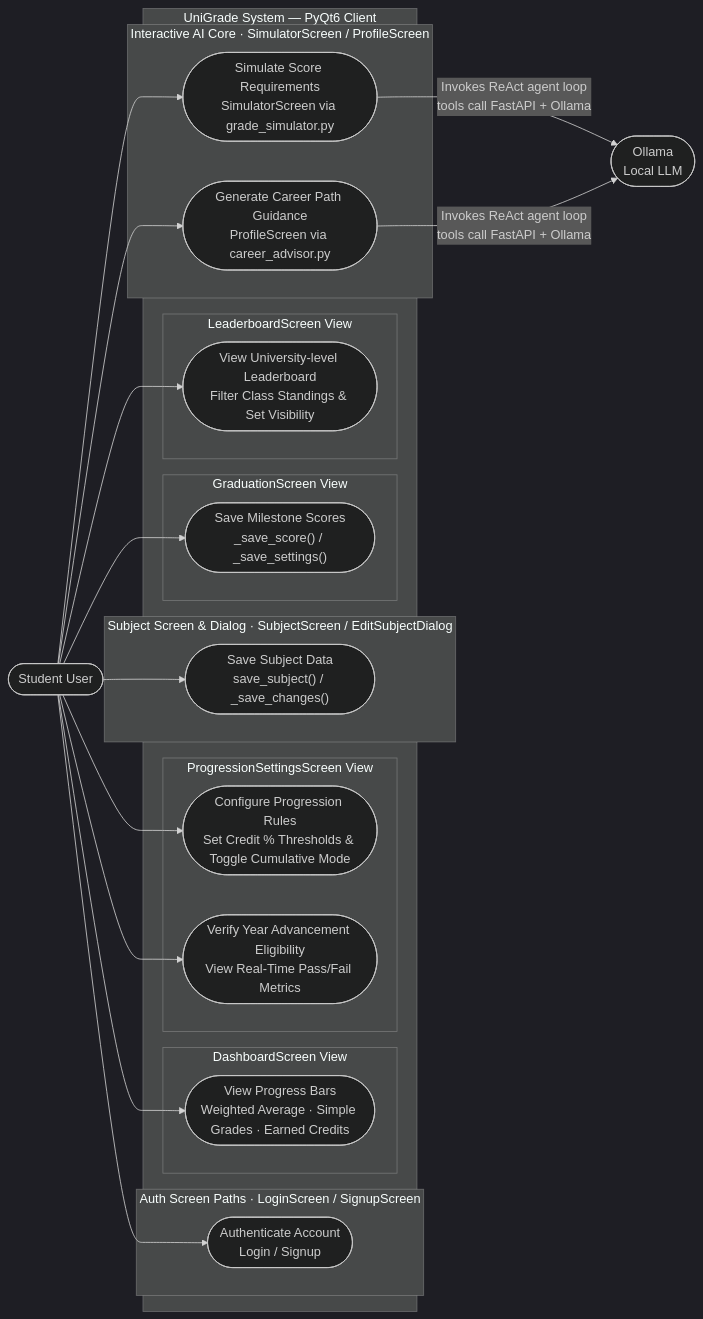
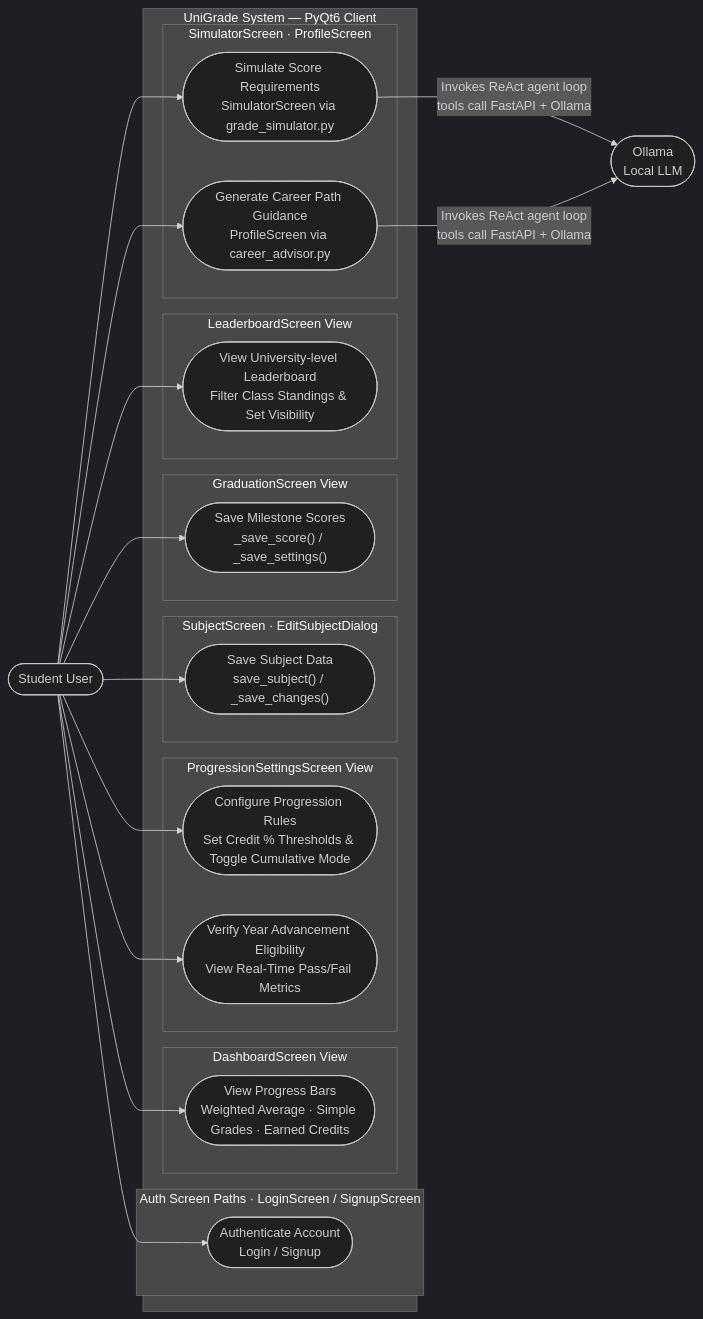
Before and after one commit to matei53/University-Grade-Calculator: the first of 3 diagrams in README.md, drawn with Mermaid (dark theme).

Commit message:
diagram 1 boxes too long

````diff
--- a/README.md
+++ b/README.md
@@ -14,63 +14,63 @@
 ```mermaid
 flowchart LR
     student(["Student User"])
 
     subgraph system["UniGrade System — PyQt6 Client"]
         subgraph auth["Auth Screen Paths · LoginScreen / SignupScreen"]
             uc1(["Authenticate Account
 Login / Signup"])
         end
 
         subgraph dash["DashboardScreen View"]
             uc2(["View Progress Bars
 Weighted Average · Simple Grades · Earned Credits"])
         end
 
         subgraph prog["ProgressionSettingsScreen View"]
             uc3(["Configure Progression Rules
 Set Credit % Thresholds & Toggle Cumulative Mode"])
             uc4(["Verify Year Advancement Eligibility
 View Real-Time Pass/Fail Metrics"])
         end
 
-        subgraph subj["Subject Screen & Dialog · SubjectScreen / EditSubjectDialog"]
+        subgraph subj["SubjectScreen · EditSubjectDialog"]
             uc5(["Save Subject Data
 save_subject() / _save_changes()"])
         end
 
         subgraph grad["GraduationScreen View"]
             uc6(["Save Milestone Scores
 _save_score() / _save_settings()"])
         end
 
         subgraph lb["LeaderboardScreen View"]
             uc7(["View University-level Leaderboard
 Filter Class Standings & Set Visibility"])
         end
 
-        subgraph ai["Interactive AI Core · SimulatorScreen / ProfileScreen"]
+        subgraph ai["SimulatorScreen · ProfileScreen"]
             uc8(["Simulate Score Requirements
 SimulatorScreen via grade_simulator.py"])
             uc9(["Generate Career Path Guidance
 ProfileScreen via career_advisor.py"])
         end
     end
 
     ollama(["Ollama
 Local LLM"])
 
     student --> uc1
     student --> uc2
     student --> uc3
     student --> uc4
     student --> uc5
     student --> uc6
     student --> uc7
     student --> uc8
     student --> uc9
 
     uc8 -->|"Invokes ReAct agent loop
 tools call FastAPI + Ollama"| ollama
     uc9 -->|"Invokes ReAct agent loop
 tools call FastAPI + Ollama"| ollama
 ```
````
